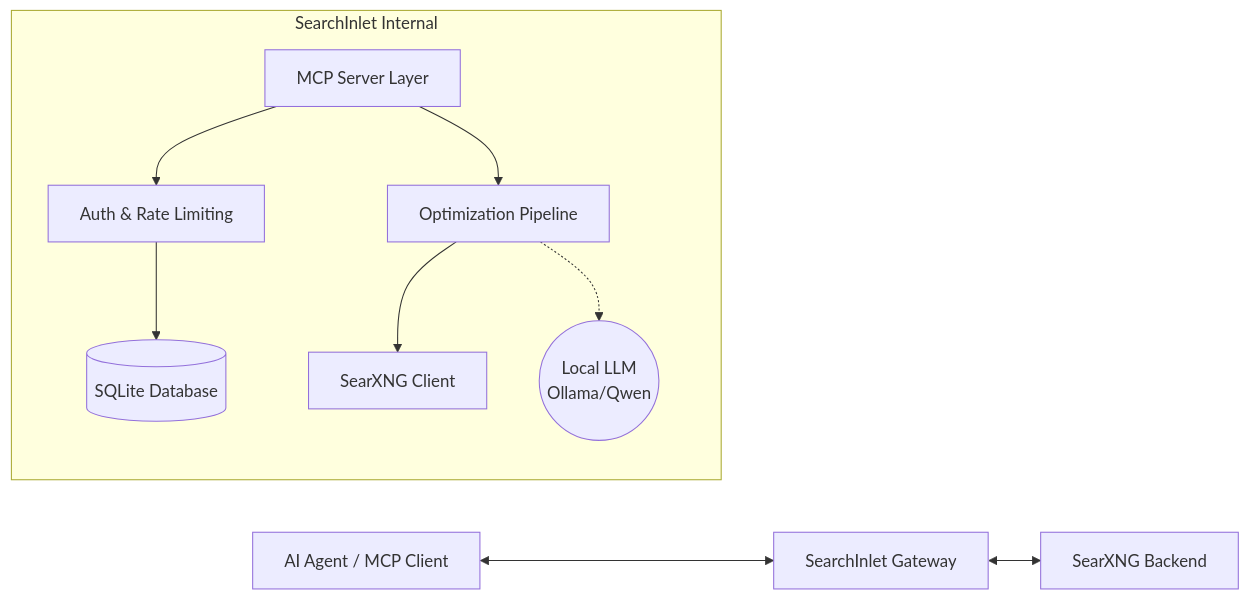
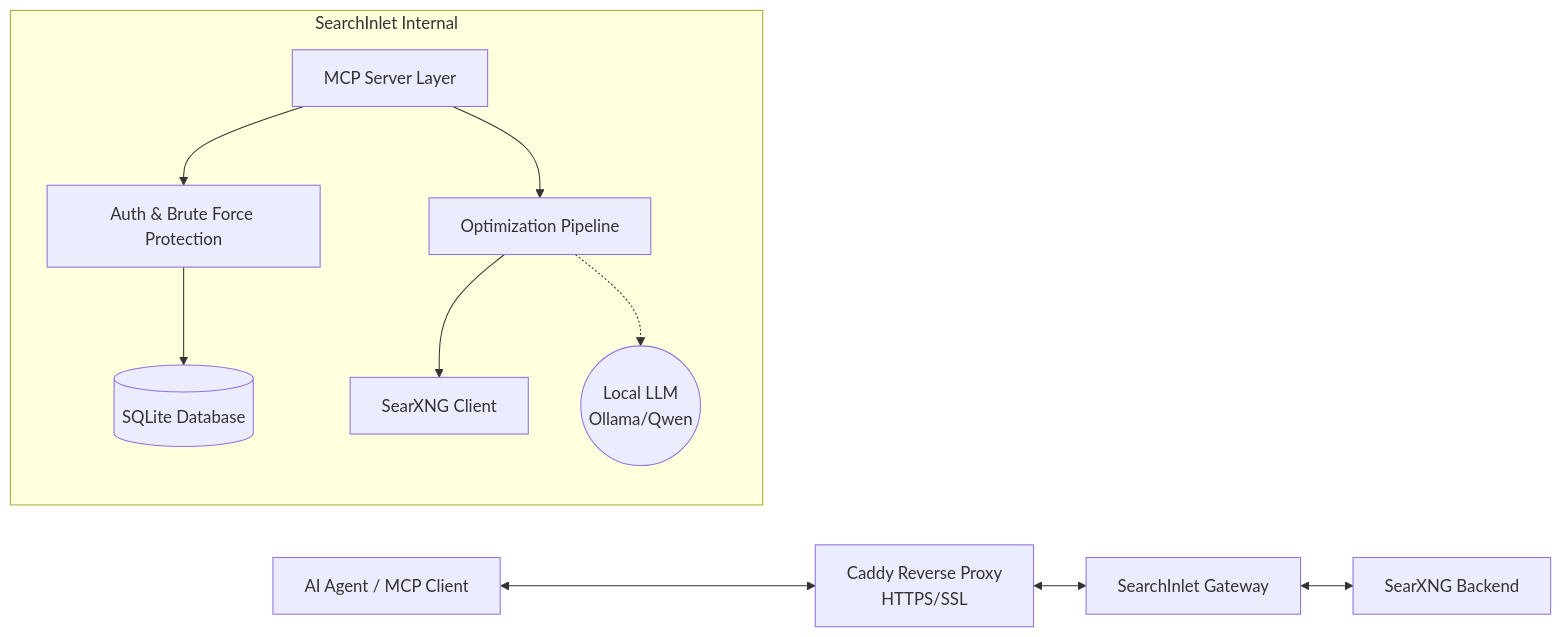
Before and after one commit to webdunesurfer/SearchInlet: the diagram in docs/Architecture.md, drawn with Mermaid. The commit also changed 1 other file, not shown here.

Commit message:
Checked off Phase 2 and updated Architecture diagram with Caddy and security hardening

````diff
--- a/docs/Architecture.md
+++ b/docs/Architecture.md
@@ -11,20 +11,21 @@
 ```mermaid
 graph LR
-    Agent[AI Agent / MCP Client] <--> SI[SearchInlet Gateway]
+    Agent[AI Agent / MCP Client] <--> Caddy[Caddy Reverse Proxy<br>HTTPS/SSL]
+    Caddy <--> SI[SearchInlet Gateway]
     SI <--> SX[SearXNG Backend]
     
     subgraph "SearchInlet Internal"
         SI_MCP[MCP Server Layer]
-        SI_Auth[Auth & Rate Limiting]
+        SI_Auth[Auth & Brute Force Protection]
         SI_Proc[Optimization Pipeline]
         SI_Client[SearXNG Client]
         SI_DB[(SQLite Database)]
         SI_LLM((Local LLM<br>Ollama/Qwen))
         
         SI_MCP --> SI_Auth
         SI_Auth --> SI_DB
         SI_MCP --> SI_Proc
         SI_Proc --> SI_Client
         SI_Proc -.-> SI_LLM
     end
 ```
````
